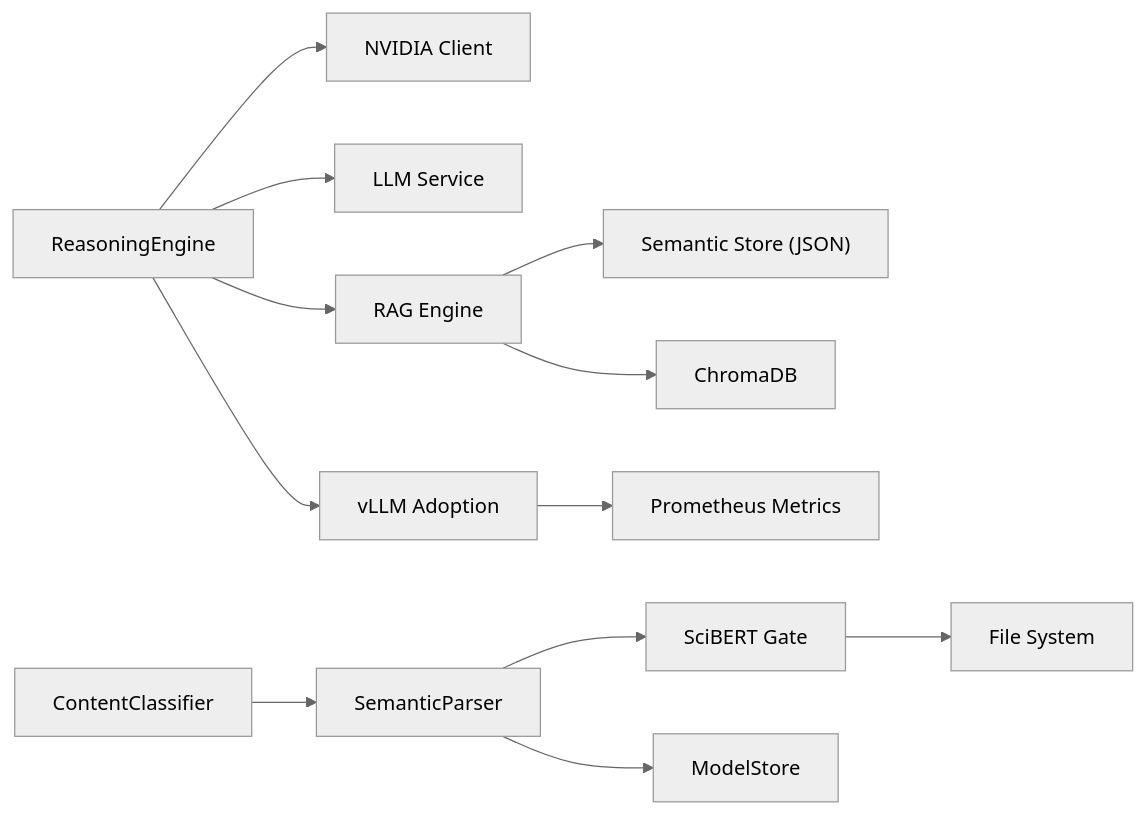
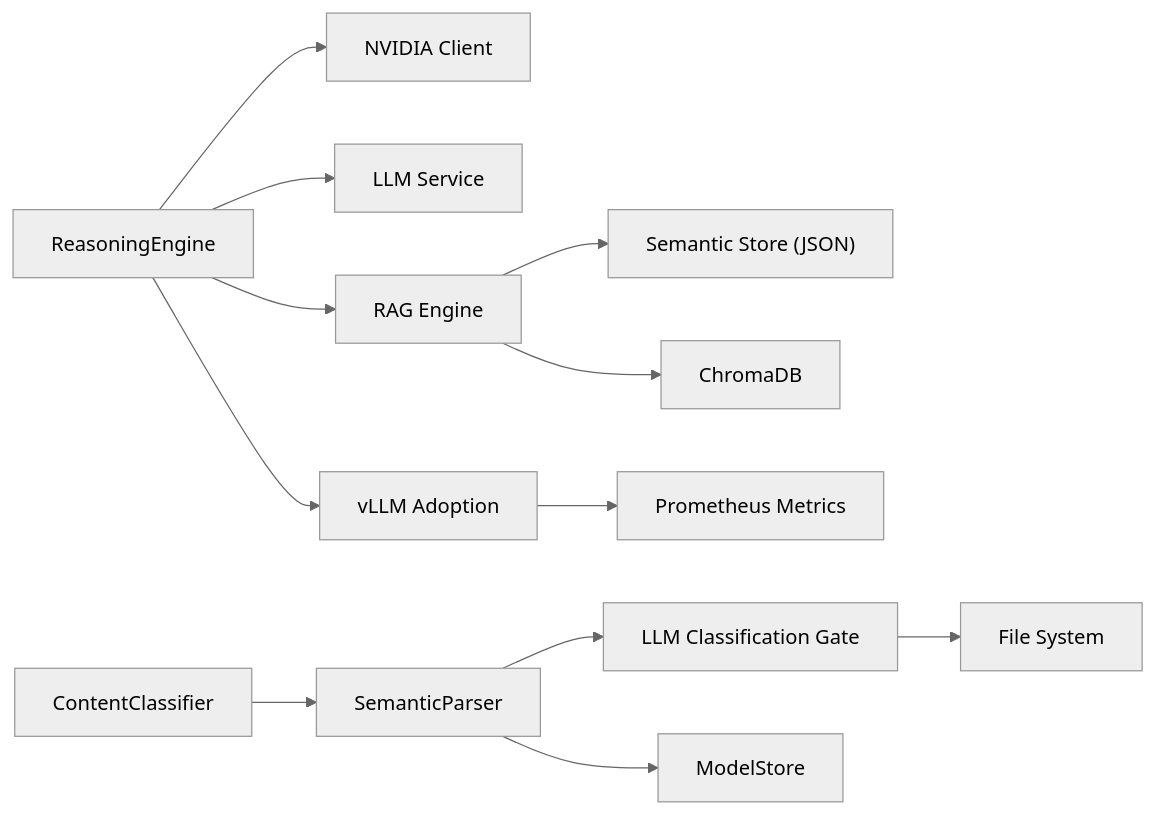
One commit to rohitkumarnaidu/ScholarFormAI changed diagram 12 of 12 in .docs/content/AI_ML Integration/AI_ML Integration.md. Above: the diagram before and after it, drawn with Mermaid (neutral theme). The commit also changed other lines of this file and 4 other files, not shown here.

````diff
--- a/.docs/content/AI_ML Integration/AI_ML Integration.md
+++ b/.docs/content/AI_ML Integration/AI_ML Integration.md
@@ -460,14 +460,14 @@
 ```mermaid
 graph LR
 RE["ReasoningEngine"] --> NV["NVIDIA Client"]
 RE --> LLM["LLM Service"]
 RE --> RAG["RAG Engine"]
 RE --> VLLM_ADOPTION["vLLM Adoption"]
 CL["ContentClassifier"] --> SP["SemanticParser"]
-SP --> SCIBERT_GATE["SciBERT Gate"]
+SP --> SCIBERT_GATE["LLM Classification Gate"]
 SP --> MS["ModelStore"]
 SCIBERT_GATE --> FS["File System"]
 VLLM_ADOPTION --> METRICS["Prometheus Metrics"]
 RAG --> ST["Semantic Store (JSON)"]
 RAG --> CH["ChromaDB"]
 ```
````
